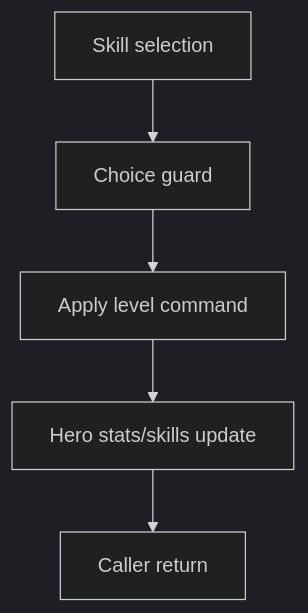
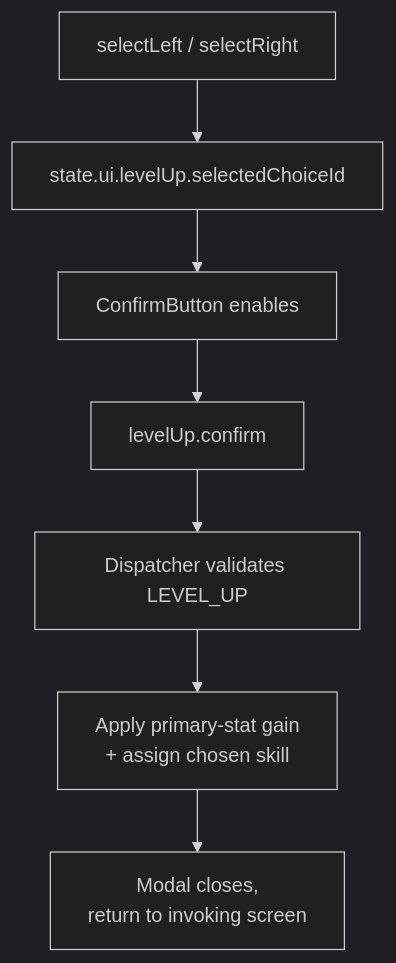
The third of 5 diagrams in docs/architecture/wiki/screens/48-level-up-dialog/architecture.md (SunaNoOshiro/Heroes_Reforged_AI_Realms), drawn with Mermaid (dark theme) before and after one commit. The commit also changed other lines of this file and 518 other files, not shown here.

First line of the commit message:
Add doc-audit skill and sweep architecture/screen docs

````diff
--- a/docs/architecture/wiki/screens/48-level-up-dialog/architecture.md
+++ b/docs/architecture/wiki/screens/48-level-up-dialog/architecture.md
@@ -42,8 +47,9 @@
 ```mermaid
 flowchart TD
-  I0["Skill selection"] --> I1
-  I1["Choice guard"] --> I2
-  I2["Apply level command"] --> I3
-  I3["Hero stats/skills update"] --> I4
-  I4["Caller return"]
+  A["selectLeft / selectRight"] --> B["state.ui.levelUp.selectedChoiceId"]
+  B --> C["ConfirmButton enables"]
+  C --> D["levelUp.confirm"]
+  D --> E["Dispatcher validates LEVEL_UP"]
+  E --> F["Apply primary-stat gain<br/>+ assign chosen skill"]
+  F --> G["Modal closes,<br/>return to invoking screen"]
 ```
````
